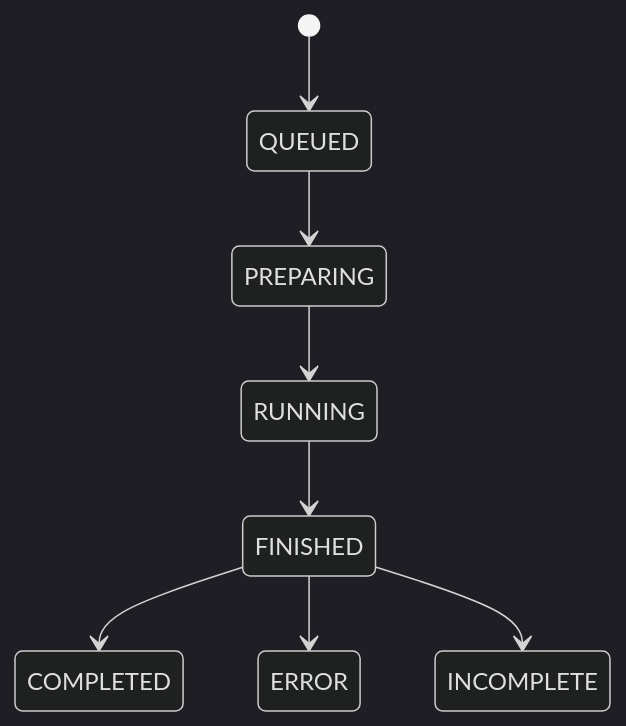
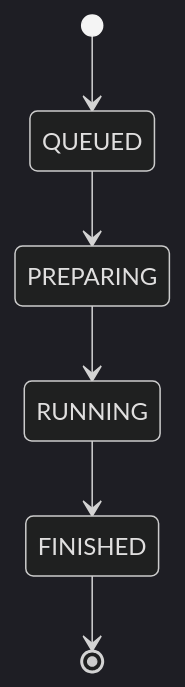
Before and after one commit to GuardBench/guardbench-frontend: the fourth of 5 diagrams in docs/product/user-flows.md, drawn with Mermaid (dark theme). The commit also changed other lines of this file, not shown here.

````diff
--- a/docs/product/user-flows.md
+++ b/docs/product/user-flows.md
@@ -223,10 +224,8 @@
 ```mermaid
 stateDiagram-v2
     [*] --> QUEUED
     QUEUED --> PREPARING
     PREPARING --> RUNNING
     RUNNING --> FINISHED
-    FINISHED --> COMPLETED
-    FINISHED --> ERROR
-    FINISHED --> INCOMPLETE
+    FINISHED --> [*]
 ```
````
